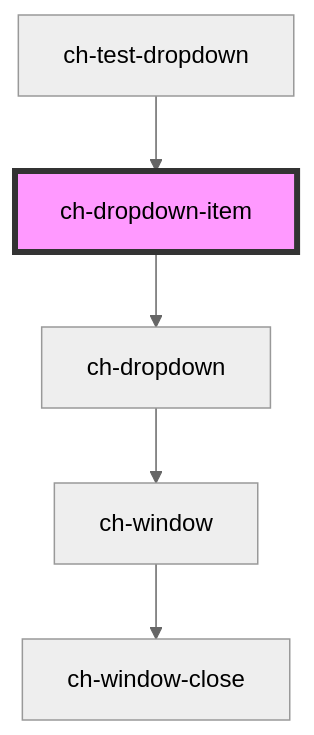
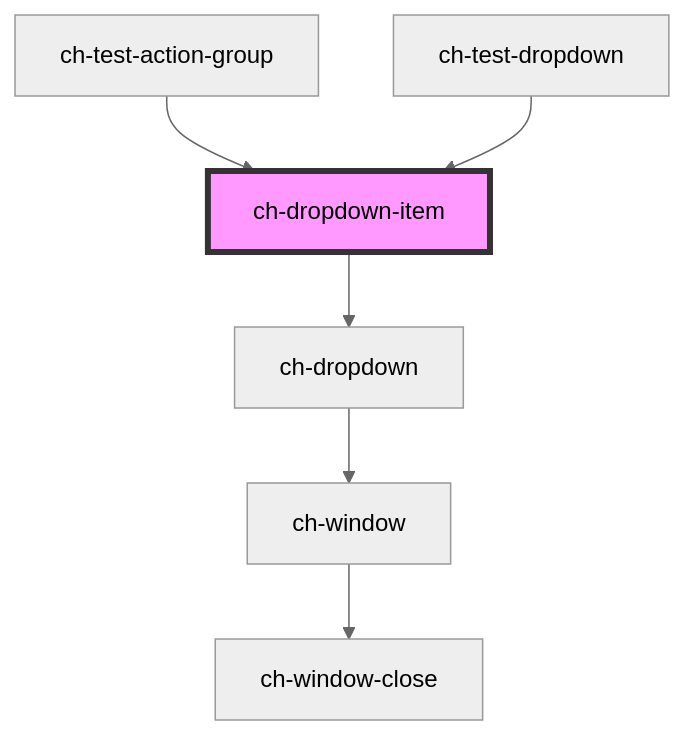
The diagram in src/components/dropdown-item/readme.md (genexuslabs/chameleon-controls-library), drawn with Mermaid (neutral theme) before and after one commit. The commit also changed other lines of this file and 6 other files, not shown here.

````diff
--- a/src/components/dropdown-item/readme.md
+++ b/src/components/dropdown-item/readme.md
@@ -63,8 +66,9 @@
 ```mermaid
 graph TD;
   ch-dropdown-item --> ch-dropdown
   ch-dropdown --> ch-window
   ch-window --> ch-window-close
+  ch-test-action-group --> ch-dropdown-item
   ch-test-dropdown --> ch-dropdown-item
   style ch-dropdown-item fill:#f9f,stroke:#333,stroke-width:4px
 ```
````
